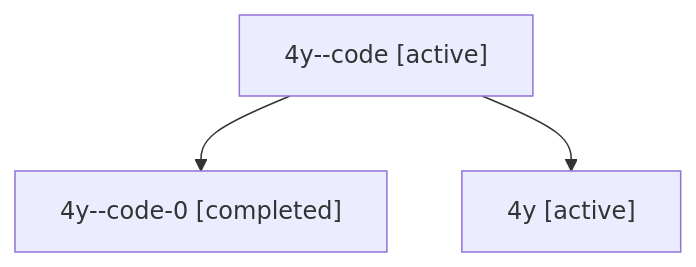
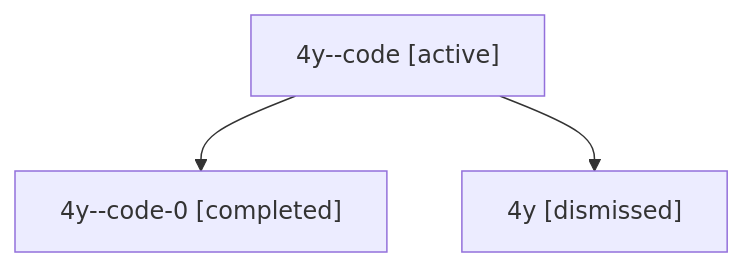
The diagram in sessions/bbugyi200.athena.4y.md (sase-org/sase--agents), drawn with Mermaid before and after one commit. The commit also changed other lines of this file and 27 other files, not shown here.

````diff
--- a/sessions/bbugyi200.athena.4y.md
+++ b/sessions/bbugyi200.athena.4y.md
@@ -9,8 +9,8 @@
 ```mermaid
 flowchart TD
   n0["4y--code [active]"]
   n1["4y--code-0 [completed]"]
   n0 --> n1
-  n2["4y [active]"]
+  n2["4y [dismissed]"]
   n0 --> n2
 ```
````
